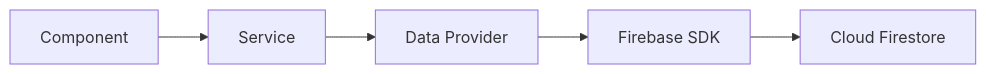
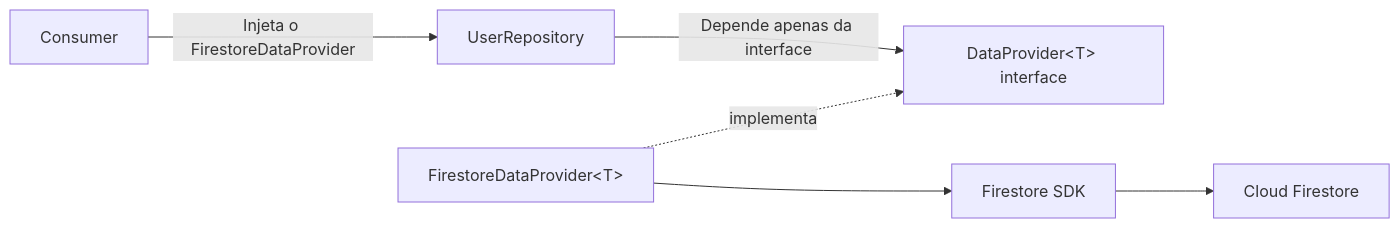
The sixth of 7 diagrams in docs/Architecture-v1.0.md (johnisonLima/firebase-starter), drawn with Mermaid before and after one commit. The commit also changed other lines of this file and 4 other files, not shown here.

Commit message:
feat: atualizar a documentação de arquitetura e adicionar a decisão sobre o padrão de provedor de dados (data provider pattern); incluir instruções para o agente e o status do projeto

````diff
--- a/docs/Architecture-v1.0.md
+++ b/docs/Architecture-v1.0.md
@@ -511,14 +511,16 @@
 ```mermaid
 flowchart LR
+    Consumer["Consumer"]
+    UserRepository["UserRepository"]
+    DataProvider["DataProvider&lt;T&gt; interface"]
+    FirestoreDataProvider["FirestoreDataProvider&lt;T&gt;"]
+    FirestoreSDK["Firestore SDK"]
+    CloudFirestore["Cloud Firestore"]
 
-    Component["Component"]
-    Service["Service"]
-    Provider["Data Provider"]
-    Firebase["Firebase SDK"]
-    Firestore["Cloud Firestore"]
+    Consumer -->|Injeta o FirestoreDataProvider| UserRepository
+    UserRepository -->|Depende apenas da interface| DataProvider
+    FirestoreDataProvider -. implementa .-> DataProvider
+    FirestoreDataProvider --> FirestoreSDK
+    FirestoreSDK --> CloudFirestore
 
-    Component --> Service
-    Service --> Provider
-    Provider --> Firebase
-    Firebase --> Firestore
 ```
````
